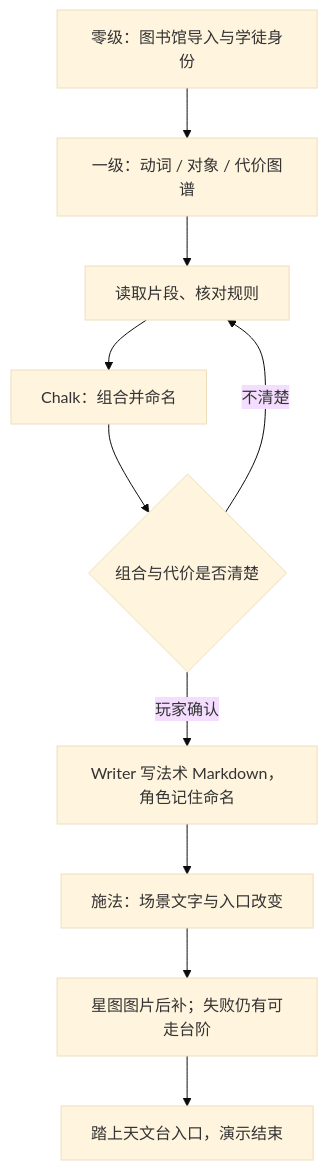
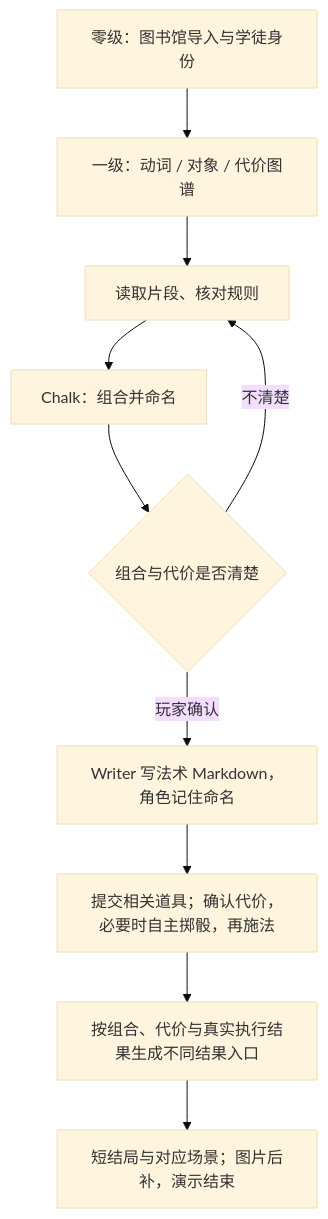
Before and after one commit to LudicDynamics/hackathon: the diagram in docs/魔法学院短闭环与AI生长验收.md, drawn with Mermaid (base theme). The commit also changed other lines of this file and 11 other files, not shown here.

````diff
--- a/docs/魔法学院短闭环与AI生长验收.md
+++ b/docs/魔法学院短闭环与AI生长验收.md
@@ -18,12 +18,12 @@
 ```mermaid
 flowchart TD
     A[零级：图书馆导入与学徒身份] --> B[一级：动词 / 对象 / 代价图谱]
     B --> C[读取片段、核对规则]
     C --> D[Chalk：组合并命名]
     D --> E{组合与代价是否清楚}
     E -->|不清楚| C
     E -->|玩家确认| F[Writer 写法术 Markdown，角色记住命名]
-    F --> G[施法：场景文字与入口改变]
-    G --> H[星图图片后补；失败仍有可走台阶]
-    H --> I[踏上天文台入口，演示结束]
+    F --> G[提交相关道具；确认代价，必要时自主掷骰，再施法]
+    G --> H[按组合、代价与真实执行结果生成不同结果入口]
+    H --> I[短结局与对应场景；图片后补，演示结束]
 ```
````
